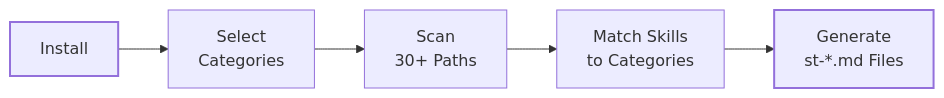
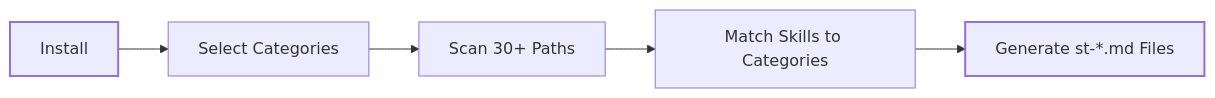
One commit to steve-piece/skilltags changed the diagram in README.md. Above: the diagram before and after it, drawn with Mermaid.

Commit message:
README final update for v2

````diff
--- a/README.md
+++ b/README.md
@@ -106,10 +106,10 @@
 ```mermaid
 flowchart LR
-    A["Install"] --> B["Select\nCategories"]
-    B --> C["Scan\n30+ Paths"]
-    C --> D["Match Skills\nto Categories"]
-    D --> E["Generate\nst-*.md Files"]
+    A["Install"] --> B["Select Categories"]
+    B --> C["Scan 30+ Paths"]
+    C --> D["Match Skills to Categories"]
+    D --> E["Generate st-*.md Files"]
 
     style A stroke-width:2px
     style E stroke-width:2px
 ```
````
